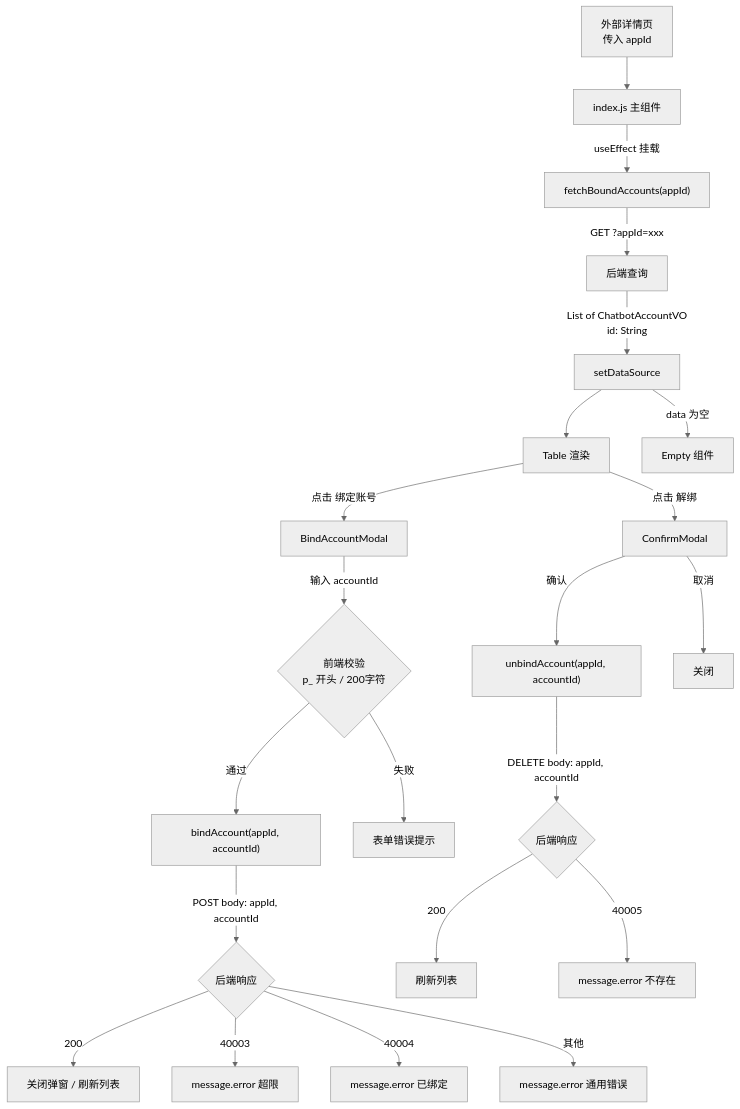
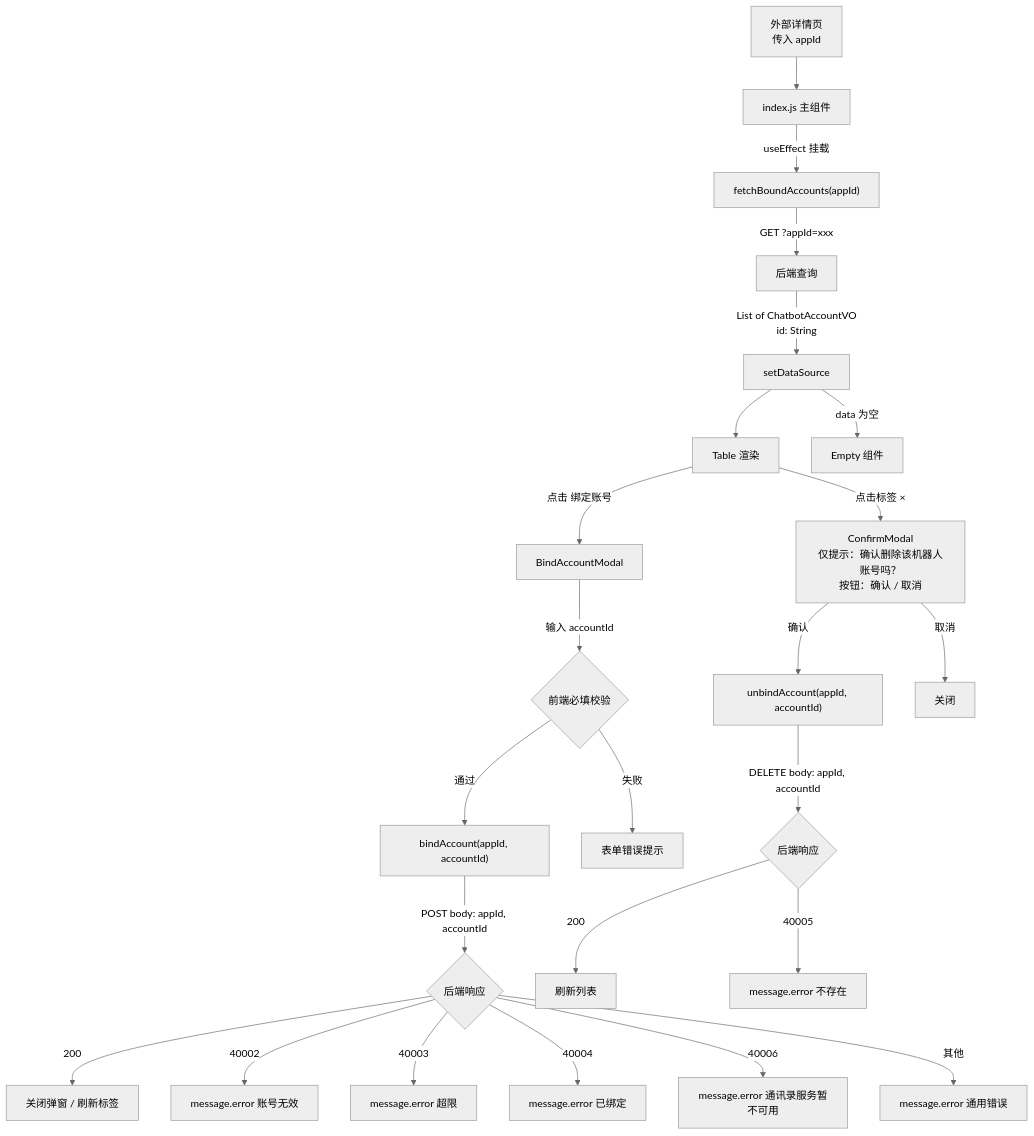
One commit to THZSummer/open-app changed the eighth of 8 diagrams in docs/market-server/app-single-chatbot-bindtab-spec.md. Above: the diagram before and after it, drawn with Mermaid (neutral theme). The commit also changed other lines of this file and 2 other files, not shown here.

````diff
--- a/docs/market-server/app-single-chatbot-bindtab-spec.md
+++ b/docs/market-server/app-single-chatbot-bindtab-spec.md
@@ -877,28 +1075,30 @@
 ```mermaid
 flowchart TD
     A["外部详情页<br/>传入 appId"] --> B["index.js 主组件"]
 
     B -->|"useEffect 挂载"| C["fetchBoundAccounts(appId)"]
     C -->|"GET ?appId=xxx"| D["后端查询"]
     D -->|"List of ChatbotAccountVO<br/>id: String"| E["setDataSource"]
     E --> F["Table 渲染"]
 
     F -->|"点击 绑定账号"| G["BindAccountModal"]
-    G -->|"输入 accountId"| H{"前端校验<br/>p_ 开头 / 200字符"}
+    G -->|"输入 accountId"| H{"前端必填校验"}
     H -->|"通过"| I["bindAccount(appId, accountId)"]
     H -->|"失败"| J["表单错误提示"]
     I -->|"POST body: appId, accountId"| K{"后端响应"}
-    K -->|"200"| L["关闭弹窗 / 刷新列表"]
+    K -->|"200"| L["关闭弹窗 / 刷新标签"]
+    K -->|"40002"| M2["message.error 账号无效"]
     K -->|"40003"| M["message.error 超限"]
     K -->|"40004"| N["message.error 已绑定"]
+    K -->|"40006"| M3["message.error 通讯录服务暂不可用"]
     K -->|"其他"| O["message.error 通用错误"]
 
-    F -->|"点击 解绑"| P["ConfirmModal"]
+    F -->|"点击标签 ×"| P["ConfirmModal<br/>仅提示：确认删除该机器人账号吗？<br/>按钮：确认 / 取消"]
     P -->|"确认"| Q["unbindAccount(appId, accountId)"]
     P -->|"取消"| R["关闭"]
     Q -->|"DELETE body: appId, accountId"| S{"后端响应"}
     S -->|"200"| T["刷新列表"]
     S -->|"40005"| U["message.error 不存在"]
 
     E -->|"data 为空"| V["Empty 组件"]
 ```
````
